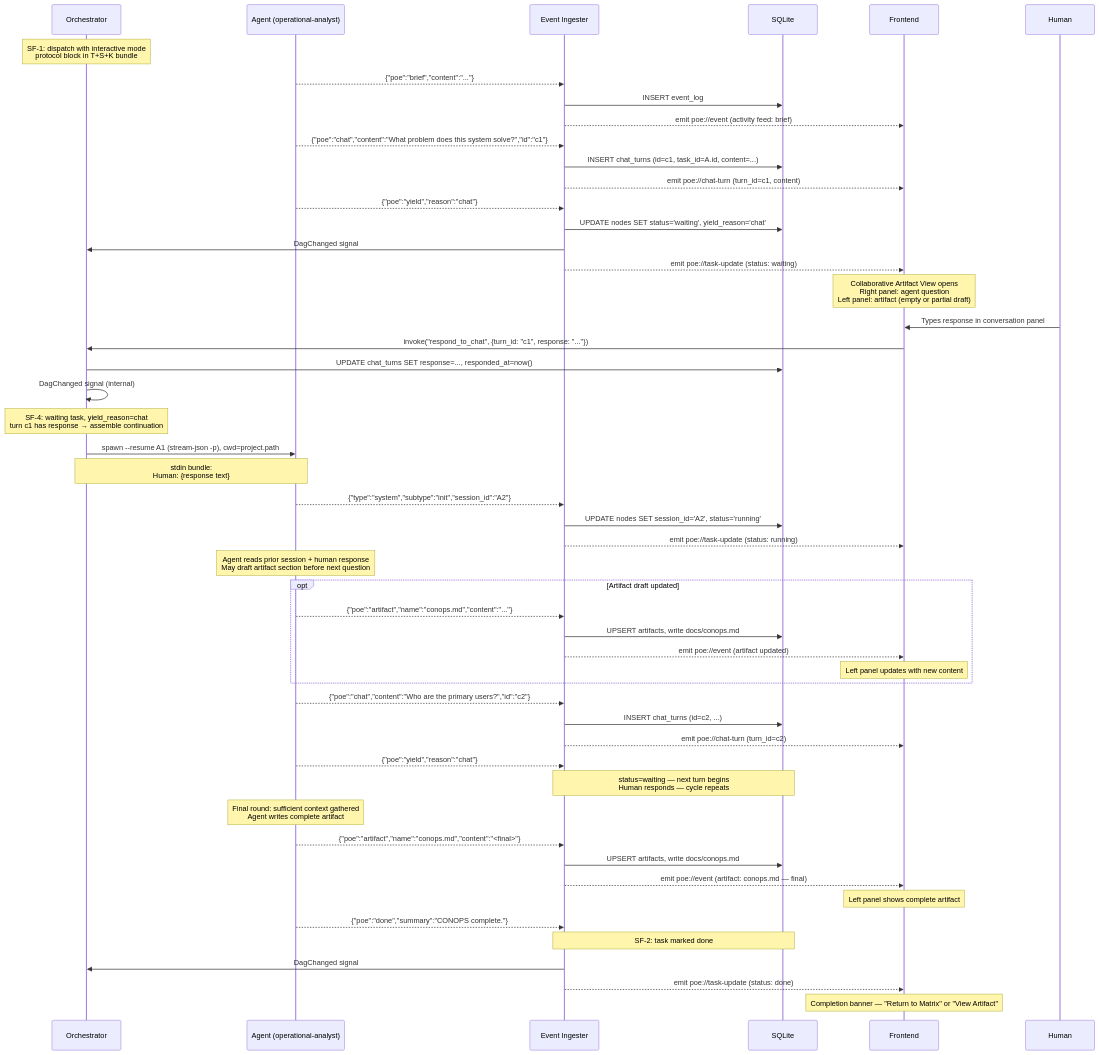
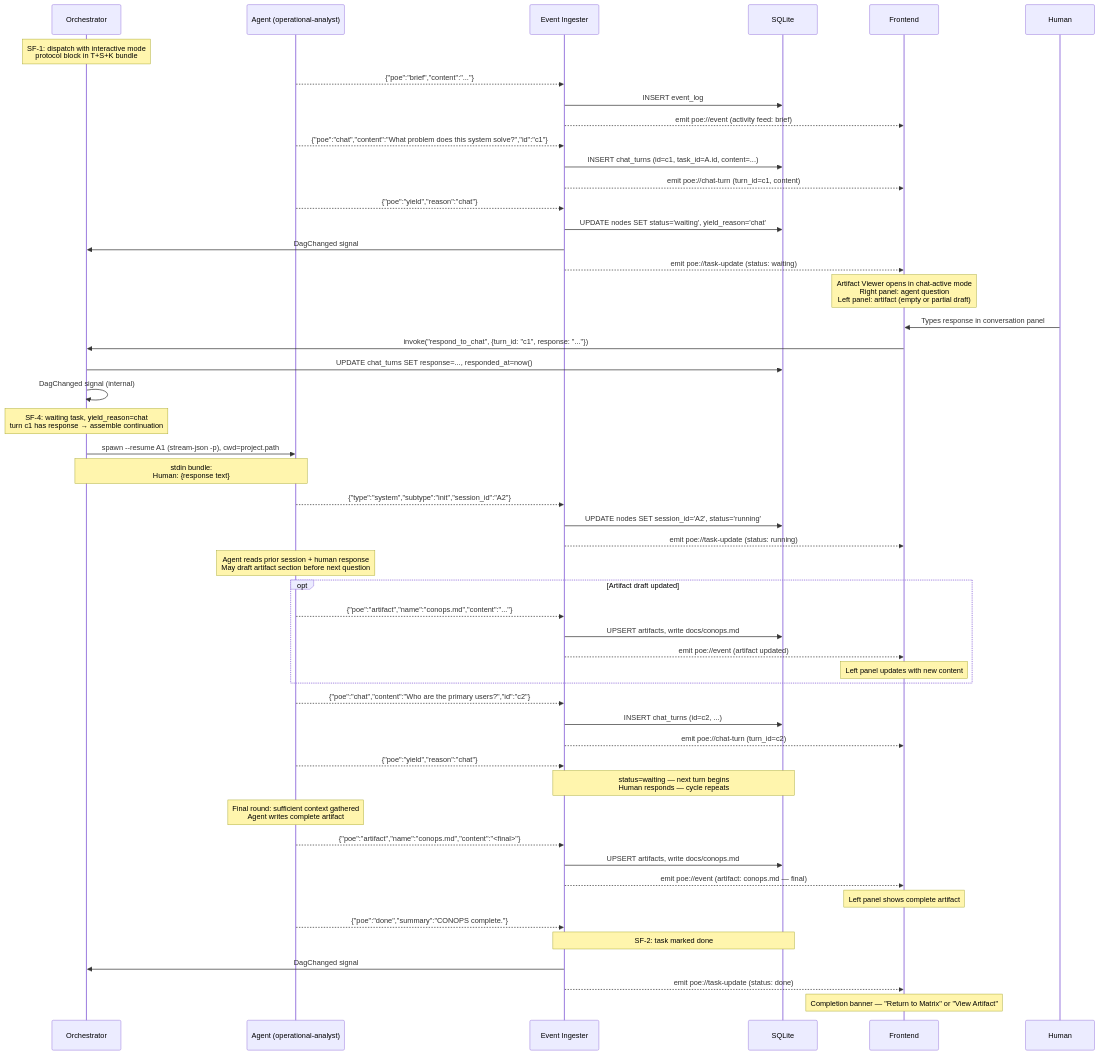
The ninth of 9 diagrams in doc-POE/Flows.md (grant-traynor/bp6), drawn with Mermaid before and after one commit. The commit also changed other lines of this file and 3 other files, not shown here.

First line of the commit message:
docs(poe): unify Collaborative Artifact View → Artifact Viewer with 'Chat about this' button

````diff
--- a/doc-POE/Flows.md
+++ b/doc-POE/Flows.md
@@ -1110,70 +1110,70 @@
 ```mermaid
 sequenceDiagram
     participant Orch as Orchestrator
     participant A as Agent (operational-analyst)
     participant Ing as Event Ingester
     participant DB as SQLite
     participant FE as Frontend
     participant Human as Human
 
     Note over Orch: SF-1: dispatch with interactive mode<br/>protocol block in T+S+K bundle
 
     A-->>Ing: {"poe":"brief","content":"..."}
     Ing->>DB: INSERT event_log
     Ing-->>FE: emit poe://event (activity feed: brief)
 
     A-->>Ing: {"poe":"chat","content":"What problem does this system solve?","id":"c1"}
     Ing->>DB: INSERT chat_turns (id=c1, task_id=A.id, content=...)
     Ing-->>FE: emit poe://chat-turn (turn_id=c1, content)
 
     A-->>Ing: {"poe":"yield","reason":"chat"}
     Ing->>DB: UPDATE nodes SET status='waiting', yield_reason='chat'
     Ing->>Orch: DagChanged signal
     Ing-->>FE: emit poe://task-update (status: waiting)
 
-    Note over FE: Collaborative Artifact View opens<br/>Right panel: agent question<br/>Left panel: artifact (empty or partial draft)
+    Note over FE: Artifact Viewer opens in chat-active mode<br/>Right panel: agent question<br/>Left panel: artifact (empty or partial draft)
 
     Human->>FE: Types response in conversation panel
     FE->>Orch: invoke("respond_to_chat", {turn_id: "c1", response: "..."})
 
     Orch->>DB: UPDATE chat_turns SET response=..., responded_at=now()
     Orch->>Orch: DagChanged signal (internal)
 
     Note over Orch: SF-4: waiting task, yield_reason=chat<br/>turn c1 has response → assemble continuation
 
     Orch->>A: spawn --resume A1 (stream-json -p), cwd=project.path
     Note over Orch,A: stdin bundle:<br/>Human: {response text}
 
     A-->>Ing: {"type":"system","subtype":"init","session_id":"A2"}
     Ing->>DB: UPDATE nodes SET session_id='A2', status='running'
     Ing-->>FE: emit poe://task-update (status: running)
 
     Note over A: Agent reads prior session + human response<br/>May draft artifact section before next question
 
     opt Artifact draft updated
         A-->>Ing: {"poe":"artifact","name":"conops.md","content":"..."}
         Ing->>DB: UPSERT artifacts, write docs/conops.md
         Ing-->>FE: emit poe://event (artifact updated)
         Note over FE: Left panel updates with new content
     end
 
     A-->>Ing: {"poe":"chat","content":"Who are the primary users?","id":"c2"}
     Ing->>DB: INSERT chat_turns (id=c2, ...)
     Ing-->>FE: emit poe://chat-turn (turn_id=c2)
 
     A-->>Ing: {"poe":"yield","reason":"chat"}
     Note over Ing,DB: status=waiting — next turn begins<br/>Human responds — cycle repeats
 
     Note over A: Final round: sufficient context gathered<br/>Agent writes complete artifact
 
     A-->>Ing: {"poe":"artifact","name":"conops.md","content":"<final>"}
     Ing->>DB: UPSERT artifacts, write docs/conops.md
     Ing-->>FE: emit poe://event (artifact: conops.md — final)
     Note over FE: Left panel shows complete artifact
 
     A-->>Ing: {"poe":"done","summary":"CONOPS complete."}
     Note over Ing,DB: SF-2: task marked done
     Ing->>Orch: DagChanged signal
     Ing-->>FE: emit poe://task-update (status: done)
     Note over FE: Completion banner — "Return to Matrix" or "View Artifact"
 ```
````
